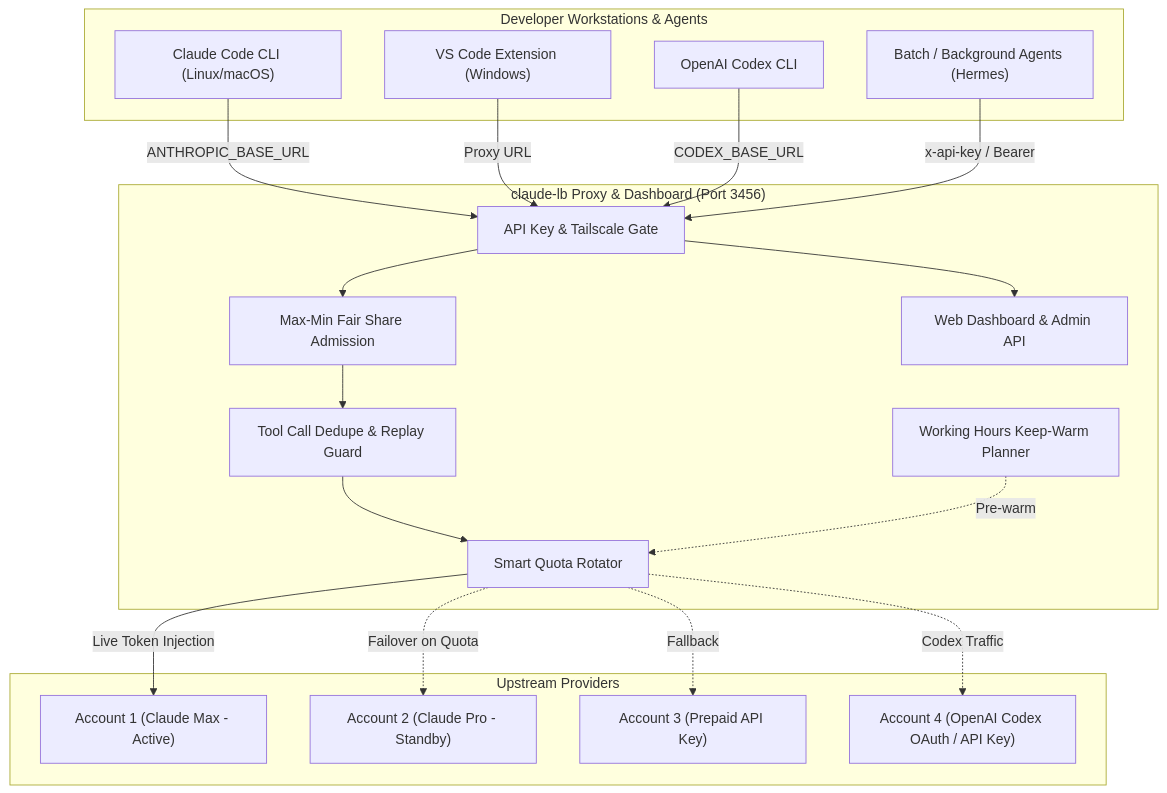
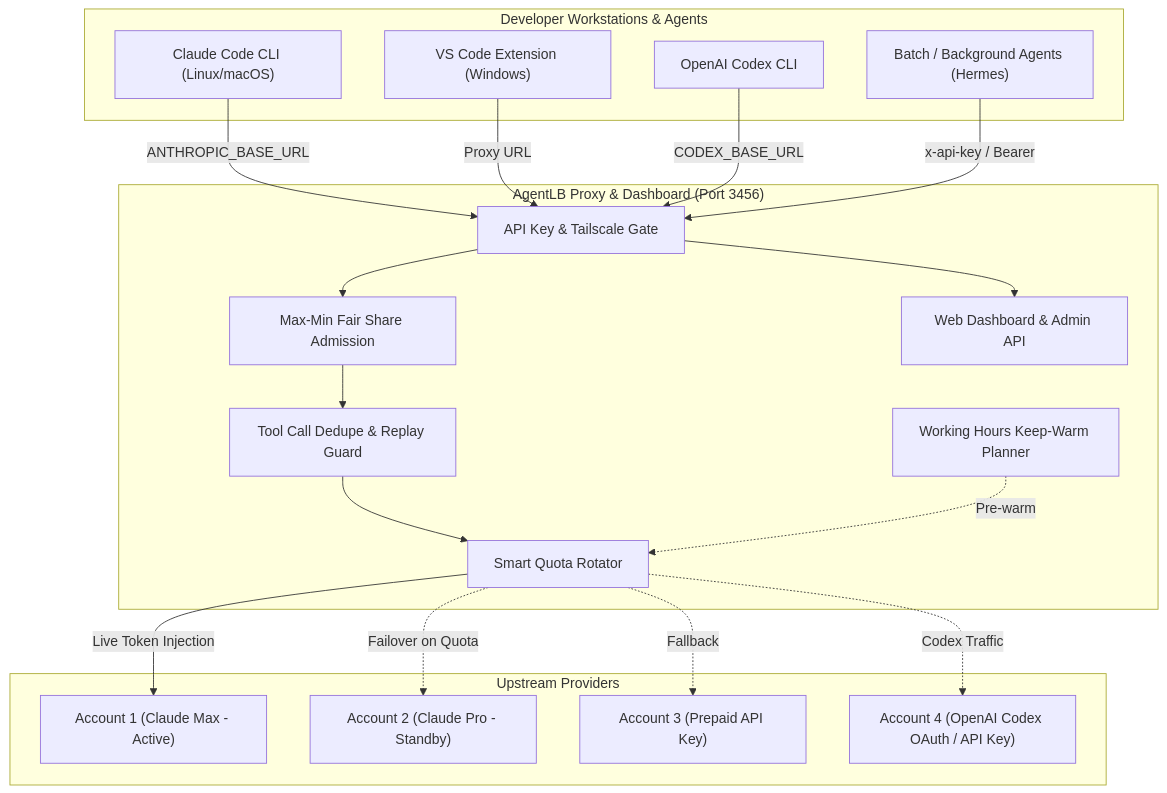
Before and after one commit to tomaasz/agent-lb: the diagram in README.md, drawn with Mermaid. The commit also changed other lines of this file and 11 other files, not shown here.

````diff
--- a/README.md
+++ b/README.md
@@ -33,39 +33,39 @@
 ```mermaid
 flowchart TD
     subgraph Clients["Developer Workstations & Agents"]
         C1["Claude Code CLI (Linux/macOS)"]
         C2["VS Code Extension (Windows)"]
         C3["OpenAI Codex CLI"]
         C4["Batch / Background Agents (Hermes)"]
     end
 
-    subgraph Proxy["claude-lb Proxy & Dashboard (Port 3456)"]
+    subgraph Proxy["AgentLB Proxy & Dashboard (Port 3456)"]
         Gate["API Key & Tailscale Gate"]
         FairShare["Max-Min Fair Share Admission"]
         Dedupe["Tool Call Dedupe & Replay Guard"]
         Router["Smart Quota Rotator"]
         Warmer["Working Hours Keep-Warm Planner"]
         Dash["Web Dashboard & Admin API"]
         Gate --> FairShare
         FairShare --> Dedupe
         Dedupe --> Router
         Warmer -.->|Pre-warm| Router
         Gate --> Dash
     end
 
     subgraph Upstream["Upstream Providers"]
         A1["Account 1 (Claude Max - Active)"]
         A2["Account 2 (Claude Pro - Standby)"]
         A3["Account 3 (Prepaid API Key)"]
         A4["Account 4 (OpenAI Codex OAuth / API Key)"]
     end
 
     C1 -->|ANTHROPIC_BASE_URL| Gate
     C2 -->|Proxy URL| Gate
     C3 -->|CODEX_BASE_URL| Gate
     C4 -->|x-api-key / Bearer| Gate
     Router -->|Live Token Injection| A1
     Router -.->|Failover on Quota| A2
     Router -.->|Fallback| A3
     Router -.->|Codex Traffic| A4
 ```
````
